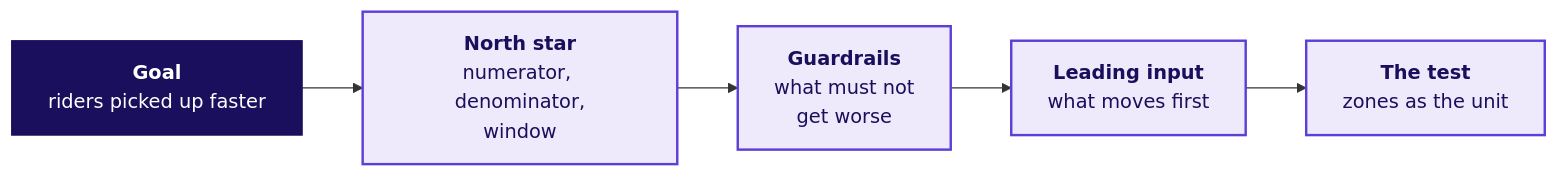
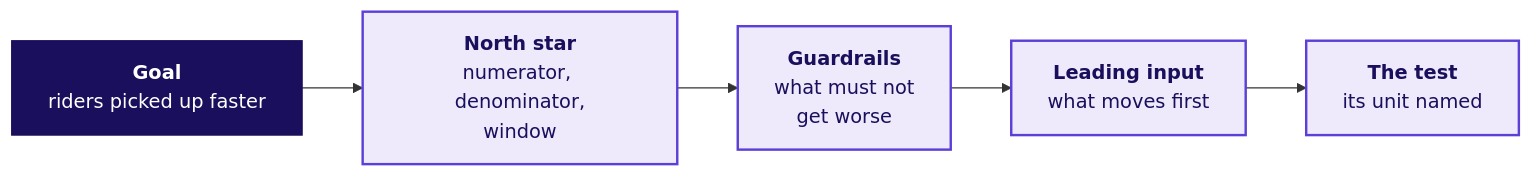
The second of 3 diagrams in content/W04/D1/slides/C2_W04_D01_half2_STUDENT.md (fde-academy-lab/c2-content-factory), drawn with Mermaid before and after one commit. The commit also changed other lines of this file and 1 other file, not shown here.

First line of the commit message:
W04 D1: the transcript and the afternoon deck name the test's unit and the cost net of demand

````diff
--- a/content/W04/D1/slides/C2_W04_D01_half2_STUDENT.md
+++ b/content/W04/D1/slides/C2_W04_D01_half2_STUDENT.md
@@ -206,11 +206,11 @@
 ```mermaid
 flowchart LR
     G["<b>Goal</b><br/>riders picked up faster"] --> N["<b>North star</b><br/>numerator, denominator,<br/>window"]
     N --> R["<b>Guardrails</b><br/>what must not<br/>get worse"]
     R --> L["<b>Leading input</b><br/>what moves first"]
-    L --> T["<b>The test</b><br/>zones as the unit"]
+    L --> T["<b>The test</b><br/>its unit named"]
     classDef known fill:#EEEAFB,stroke:#5B3FD6,color:#1A0F5C,stroke-width:2px
     classDef lit fill:#1A0F5C,stroke:#1A0F5C,color:#FFFFFF
     class G lit
     class N,R,L,T known
 ```
````
